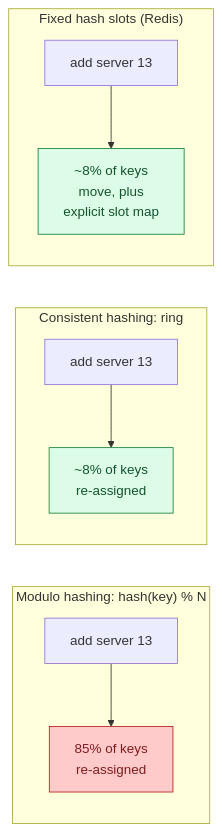
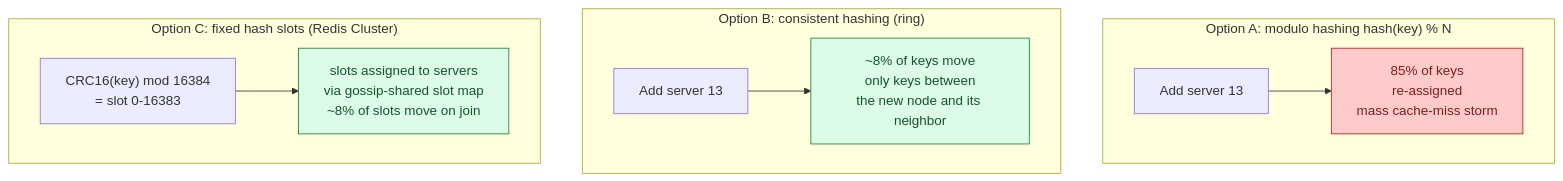
Before and after one commit to shiningflash/system-design: the third of 11 diagrams in problems/009-distributed-cache/question.md, drawn with Mermaid. The commit also changed other lines of this file and 37 other files, not shown here.

````diff
--- a/problems/009-distributed-cache/question.md
+++ b/problems/009-distributed-cache/question.md
@@ -150,15 +114,17 @@
 ```mermaid
-flowchart LR
-    subgraph Modulo["Modulo hashing: hash(key) % N"]
-        M1[add server 13] --> M2["85% of keys<br/>re-assigned"]:::bad
-    end
-    subgraph Consistent["Consistent hashing: ring"]
-        C1[add server 13] --> C2["~8% of keys<br/>re-assigned"]:::ok
-    end
-    subgraph Slots["Fixed hash slots (Redis)"]
-        S1[add server 13] --> S2["~8% of keys<br/>move, plus<br/>explicit slot map"]:::ok
+flowchart TB
+    subgraph Modulo["Option A: modulo hashing  hash(key) % N"]
+        M1["Add server 13"] --> M2["85% of keys<br/>re-assigned<br/>mass cache-miss storm"]:::bad
     end
 
-    classDef ok fill:#dcfce7,stroke:#15803d,color:#14532d
+    subgraph Consistent["Option B: consistent hashing (ring)"]
+        C1["Add server 13"] --> C2["~8% of keys move<br/>only keys between<br/>the new node and its neighbor"]:::ok
+    end
+
+    subgraph Slots["Option C: fixed hash slots (Redis Cluster)"]
+        S1["CRC16(key) mod 16384<br/>= slot 0-16383"] --> S2["slots assigned to servers<br/>via gossip-shared slot map<br/>~8% of slots move on join"]:::ok
+    end
+
+    classDef ok  fill:#dcfce7,stroke:#15803d,color:#14532d
     classDef bad fill:#fecaca,stroke:#b91c1c,color:#7f1d1d
 ```
````
